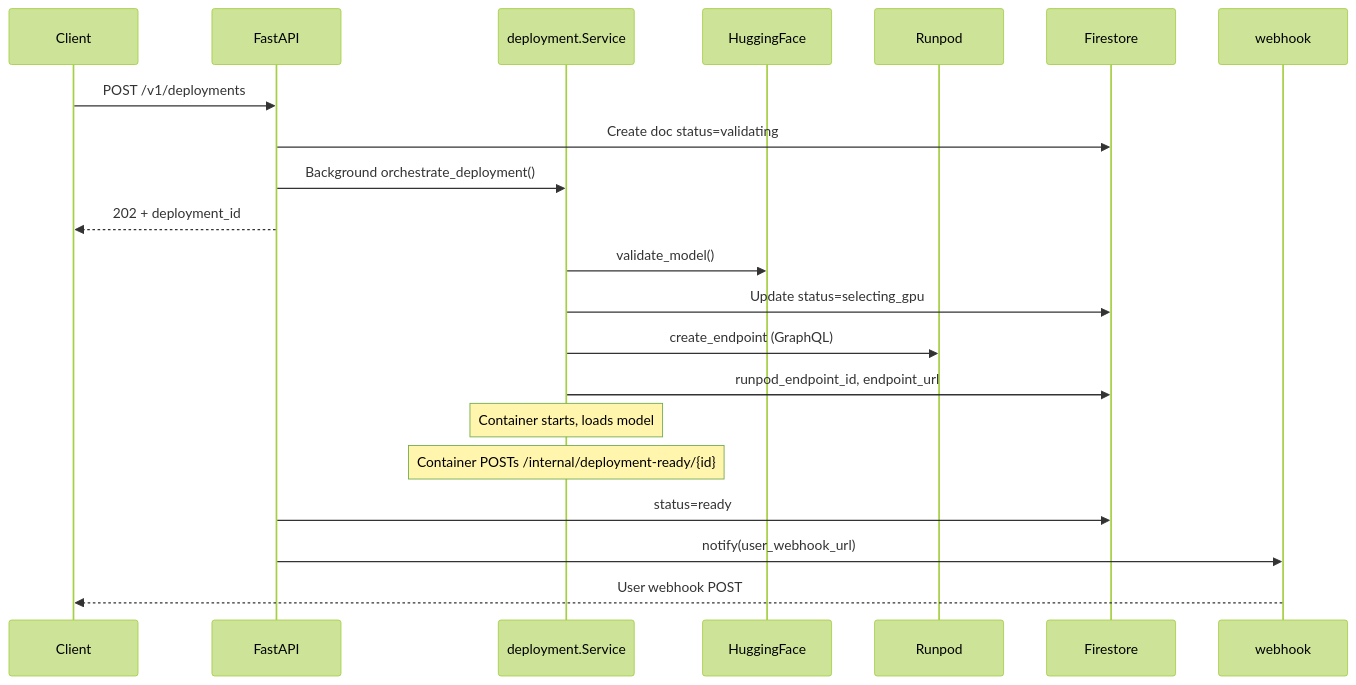
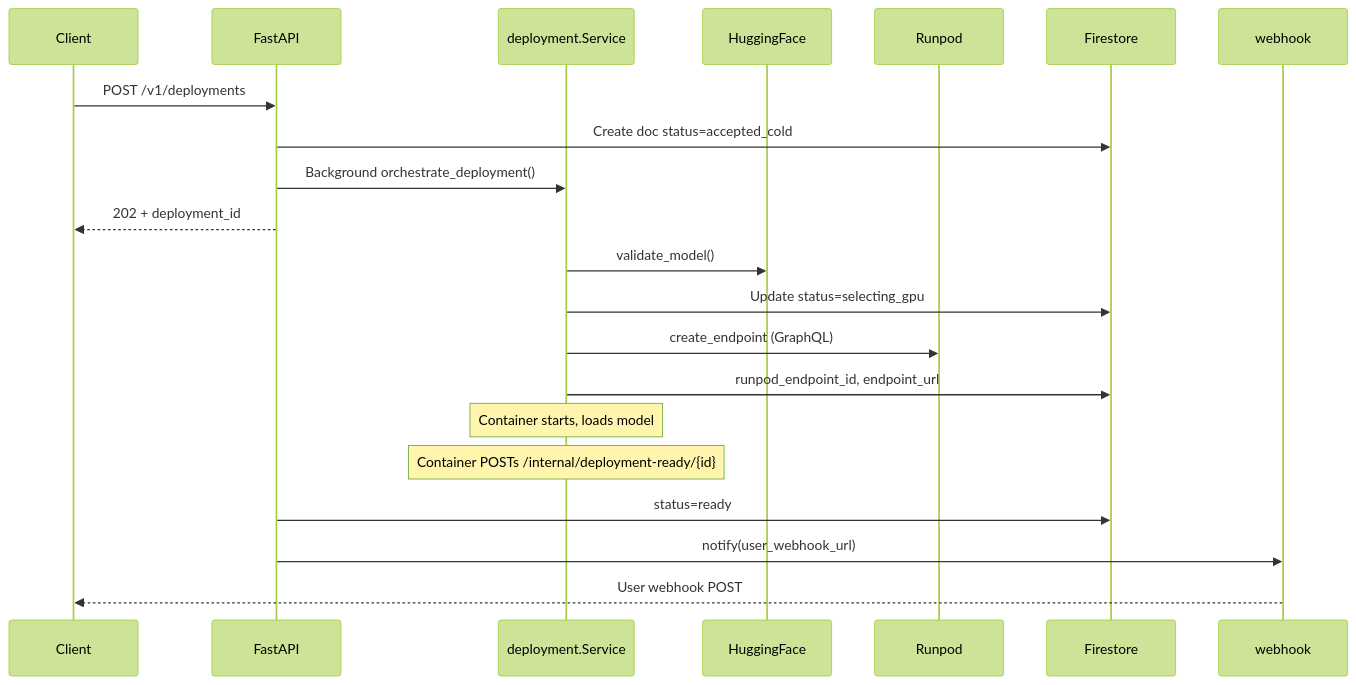
The diagram in deploy-api/README.md (visgate-ai/visgate-deploy-api), drawn with Mermaid (forest theme) before and after one commit. The commit also changed other lines of this file and 1 other file, not shown here.

Commit message:
docs: README polish — gpu tier aliases, status progression, accurate gpu algorithm, extended model registry list

````diff
--- a/deploy-api/README.md
+++ b/deploy-api/README.md
@@ -7,25 +7,25 @@
 ```mermaid
 sequenceDiagram
     participant Client
     participant API as FastAPI
     participant Orch as deployment.Service
     participant HF as HuggingFace
     participant RP as Runpod
     participant FS as Firestore
     participant WH as webhook
 
     Client->>API: POST /v1/deployments
-    API->>FS: Create doc status=validating
+    API->>FS: Create doc status=accepted_cold
     API->>Orch: Background orchestrate_deployment()
     API-->>Client: 202 + deployment_id
 
     Orch->>HF: validate_model()
     Orch->>FS: Update status=selecting_gpu
     Orch->>RP: create_endpoint (GraphQL)
     Orch->>FS: runpod_endpoint_id, endpoint_url
     Note over Orch: Container starts, loads model
     Note over Orch: Container POSTs /internal/deployment-ready/{id}
     API->>FS: status=ready
     API->>WH: notify(user_webhook_url)
     WH-->>Client: User webhook POST
 ```
````
